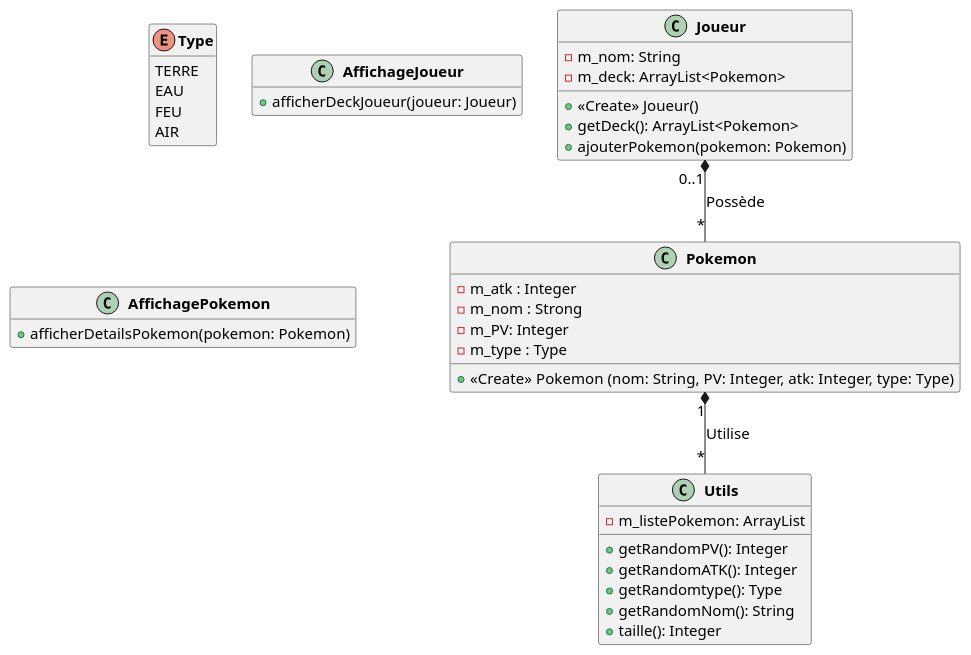
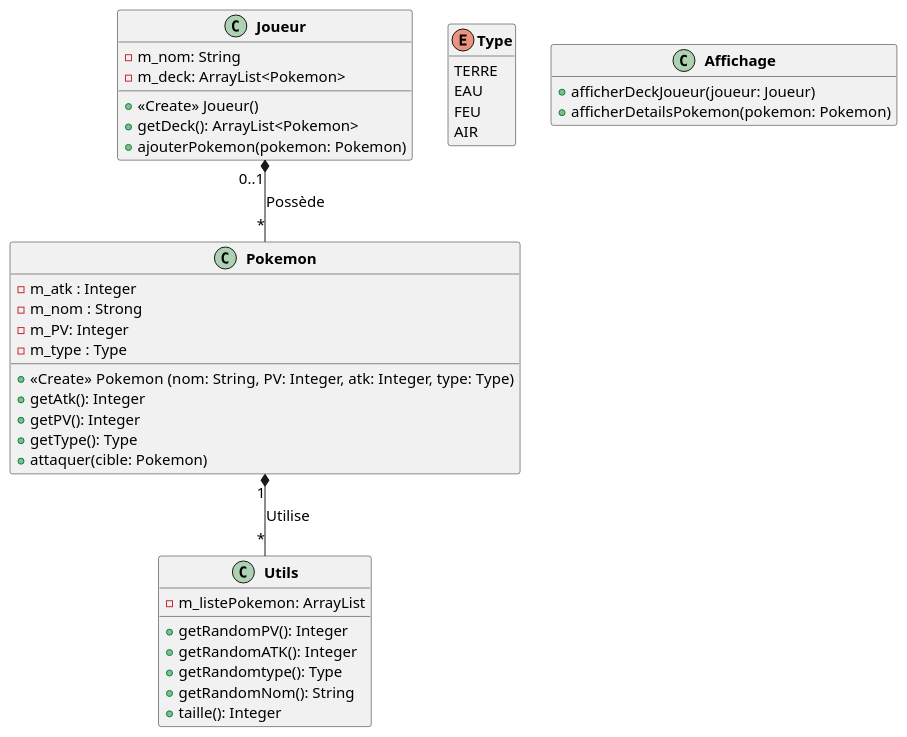
Before and after one commit to julot424/POOkemon: the diagram in uml/semaine1.puml, drawn with PlantUML. The commit also changed 1 other file, not shown here.

```diff
--- a/uml/semaine1.puml
+++ b/uml/semaine1.puml
@@ -1,47 +1,50 @@
 @startuml
 scale 1
 skinparam classFontStyle Bold
 skinparam defaultFontSize 15
 hide empty members
 skinparam classAttribute IconSize 0
 skinparam classFontStyle Bold
 hide enum methods
 
 
 class Pokemon{
     -m_atk : Integer
     -m_nom : Strong
     -m_PV: Integer
     -m_type : Type
     +<<Create>> Pokemon (nom: String, PV: Integer, atk: Integer, type: Type)
+    +getAtk(): Integer
+    +getPV(): Integer
+    +getType(): Type
+    +attaquer(cible: Pokemon)
 }
 enum Type{
         TERRE
         EAU
         FEU
         AIR
 }
 class Utils{
     -m_listePokemon: ArrayList
     +getRandomPV(): Integer
     +getRandomATK(): Integer
     +getRandomtype(): Type
     +getRandomNom(): String
     +taille(): Integer
 }
 class Joueur{
     -m_nom: String
     -m_deck: ArrayList<Pokemon>
     +<<Create>> Joueur()
     +getDeck(): ArrayList<Pokemon>
     +ajouterPokemon(pokemon: Pokemon)
 }
-class AffichageJoueur{
+class Affichage{
     +afficherDeckJoueur(joueur: Joueur)
-}
-class AffichagePokemon{
     +afficherDetailsPokemon(pokemon: Pokemon)
-}
+    }
+
 Pokemon "1" *-- "*" Utils : Utilise
 Joueur "0..1" *-- "*" Pokemon : Possède
 @enduml
```
